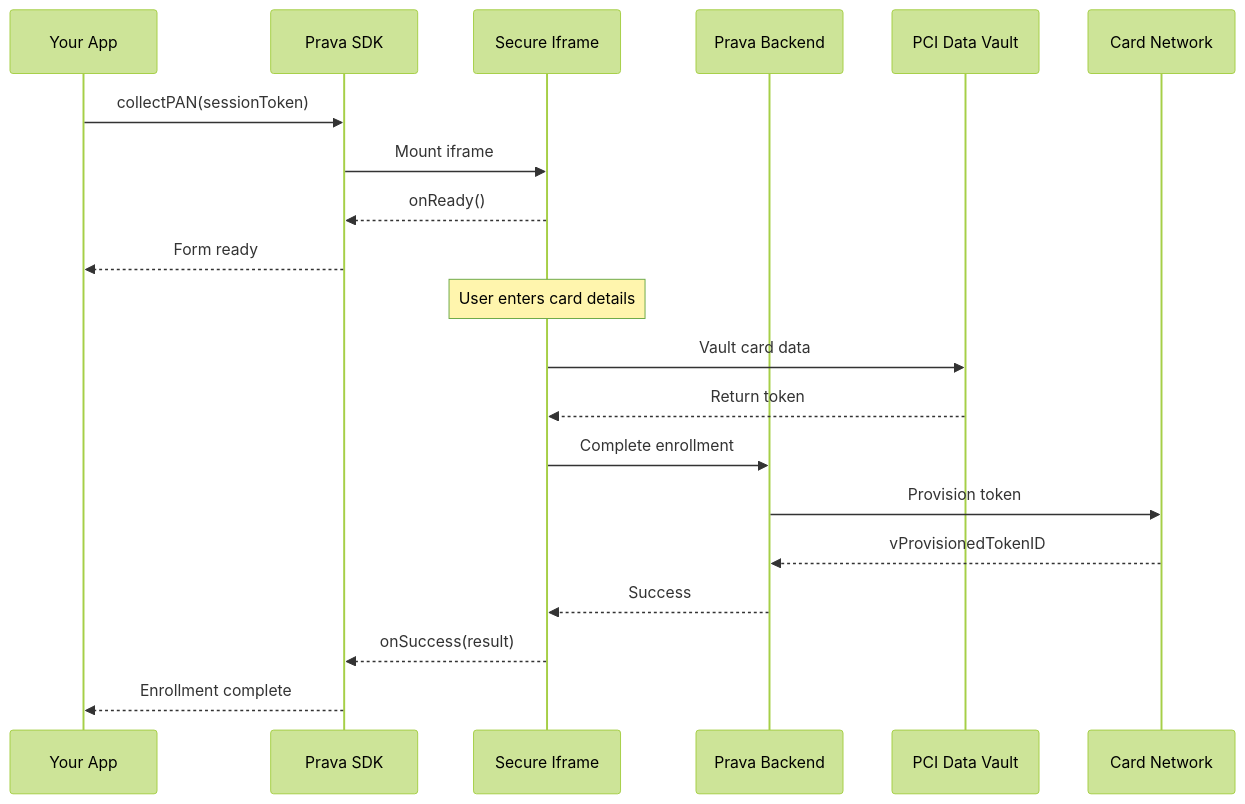
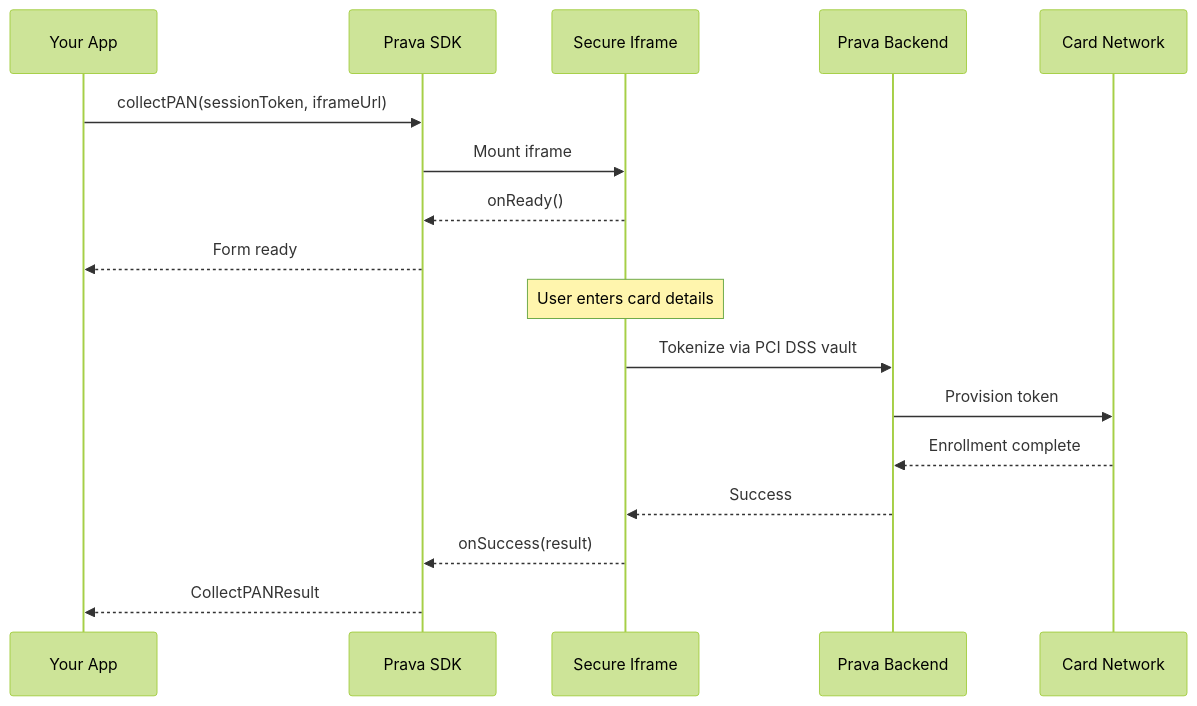
One commit to Prava-Payments/prava-docs changed the diagram in sdk/cards/collect-pan.mdx. Above: the diagram before and after it, drawn with Mermaid (forest theme). The commit also changed other lines of this file and 10 other files, not shown here.

````diff
--- a/sdk/cards/collect-pan.mdx
+++ b/sdk/cards/collect-pan.mdx
@@ -180,25 +163,22 @@
 ```mermaid
 sequenceDiagram
     participant App as Your App
     participant SDK as Prava SDK
     participant Iframe as Secure Iframe
     participant Backend as Prava Backend
-    participant DataVault as PCI Data Vault
     participant Network as Card Network
 
-    App->>SDK: collectPAN(sessionToken)
+    App->>SDK: collectPAN(sessionToken, iframeUrl)
     SDK->>Iframe: Mount iframe
     Iframe-->>SDK: onReady()
     SDK-->>App: Form ready
 
     Note over Iframe: User enters card details
 
-    Iframe->>DataVault: Vault card data
-    DataVault-->>Iframe: Return token
-    Iframe->>Backend: Complete enrollment
+    Iframe->>Backend: Tokenize via PCI DSS vault
     Backend->>Network: Provision token
-    Network-->>Backend: vProvisionedTokenID
+    Network-->>Backend: Enrollment complete
     Backend-->>Iframe: Success
     Iframe-->>SDK: onSuccess(result)
-    SDK-->>App: Enrollment complete
+    SDK-->>App: CollectPANResult
 ```
````
